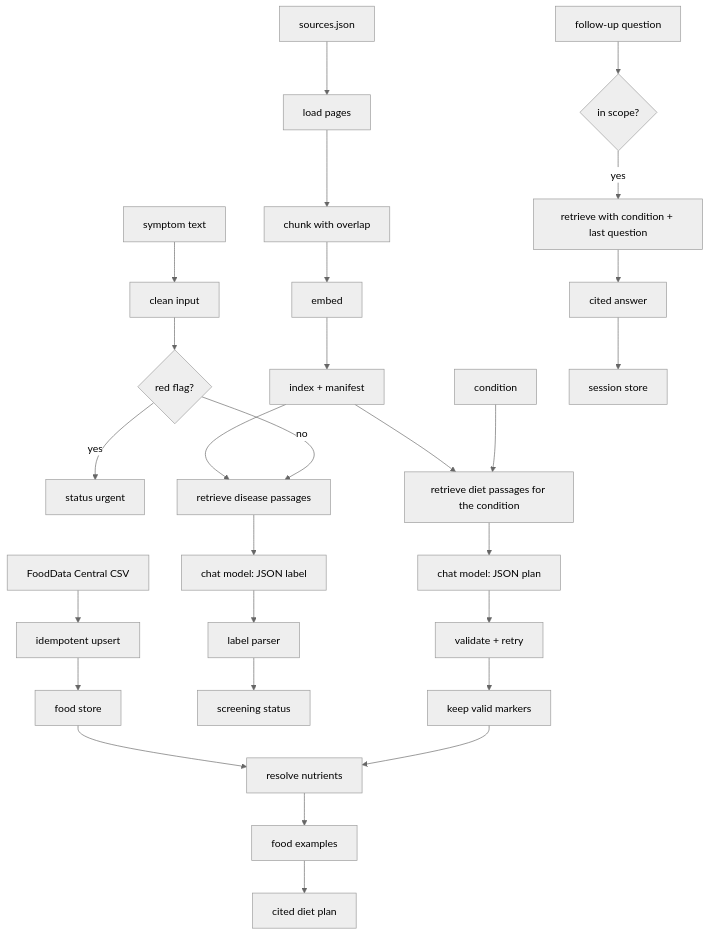
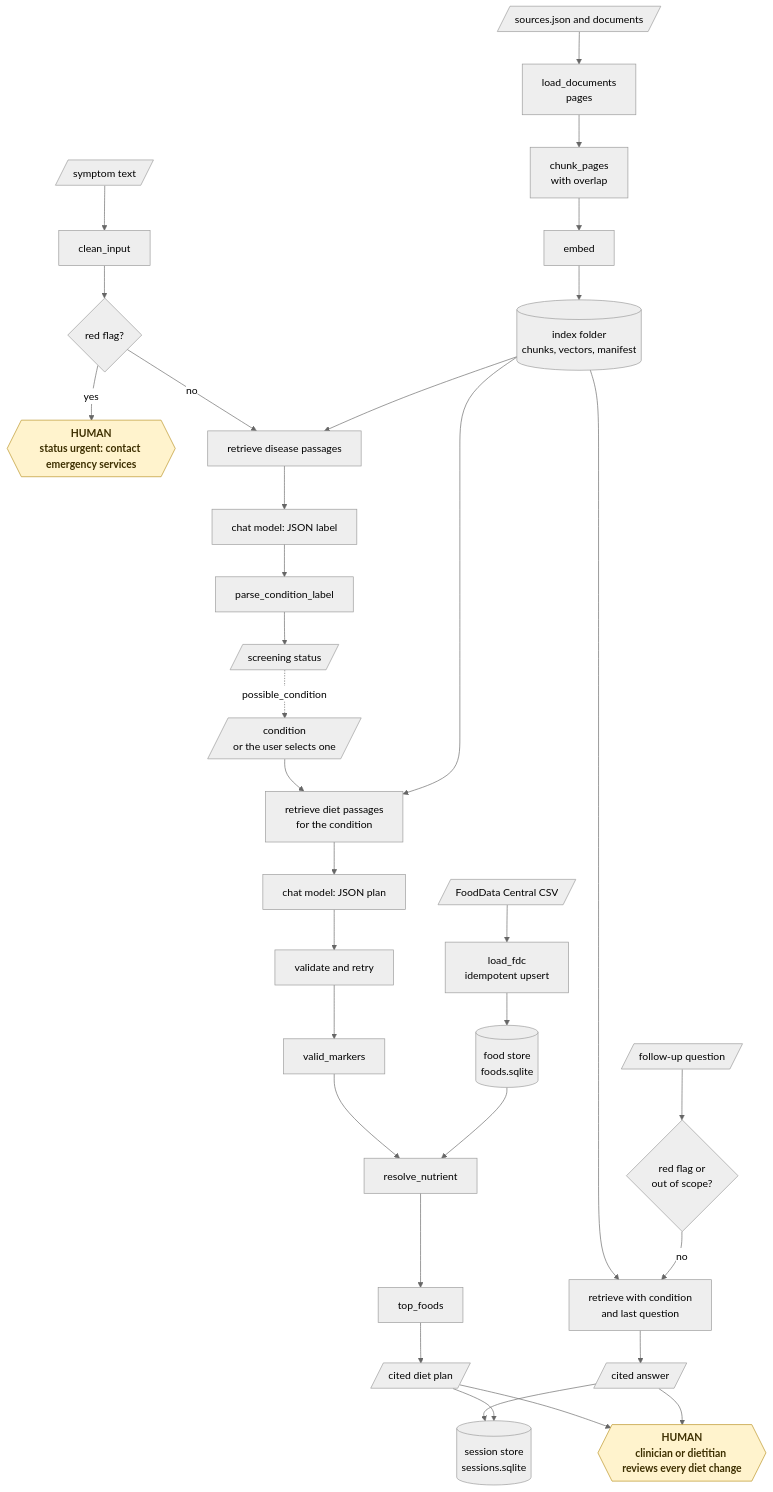
One commit to KrishnaAnnavaram/nutribuddy changed the fifth of 21 diagrams in README.md. Above: the diagram before and after it, drawn with Mermaid (neutral theme). The commit also changed other lines of this file, not shown here.

Commit message:
Add the workflow diagrams to the README

````diff
--- a/README.md
+++ b/README.md
@@ -209,15 +287,24 @@
 ```mermaid
-flowchart TB
-    REG["sources.json"] --> LOAD["load pages"] --> CH["chunk with overlap"] --> EMB["embed"] --> IDX["index + manifest"]
-    CSV["FoodData Central CSV"] --> UPS["idempotent upsert"] --> FS["food store"]
-    SYM["symptom text"] --> CLEAN["clean input"] --> RF{"red flag?"}
-    RF -->|"yes"| URG["status urgent"]
-    RF -->|"no"| SR["retrieve disease passages"] --> SCM["chat model: JSON label"] --> LP["label parser"] --> ST["screening status"]
-    COND["condition"] --> DR["retrieve diet passages for the condition"] --> PCM["chat model: JSON plan"] --> VAL["validate + retry"]
-    VAL --> MK["keep valid markers"] --> RES["resolve nutrients"] --> FE["food examples"] --> PLAN["cited diet plan"]
+flowchart TD
+    REG[/"sources.json and documents"/] --> LOAD["load_documents<br/>pages"] --> CH["chunk_pages<br/>with overlap"] --> EMB["embed"] --> IDX[("index folder<br/>chunks, vectors, manifest")]
+    CSV[/"FoodData Central CSV"/] --> UPS["load_fdc<br/>idempotent upsert"] --> FS[("food store<br/>foods.sqlite")]
+    SYM[/"symptom text"/] --> CLEAN["clean_input"] --> RF{"red flag?"}
+    RF -- "yes" --> URG{{"HUMAN<br/>status urgent: contact emergency services"}}
+    RF -- "no" --> SR["retrieve disease passages"] --> SCM["chat model: JSON label"] --> LP["parse_condition_label"] --> ST[/"screening status"/]
+    ST -. "possible_condition" .-> COND[/"condition<br/>or the user selects one"/]
+    COND --> DR["retrieve diet passages<br/>for the condition"] --> PCM["chat model: JSON plan"] --> VAL["validate and retry"]
+    VAL --> MK["valid_markers"] --> RES["resolve_nutrient"] --> FE["top_foods"] --> PLAN[/"cited diet plan"/]
     IDX --> SR
     IDX --> DR
+    IDX --> QR
     FS --> RES
-    Q["follow-up question"] --> SC{"in scope?"} -->|"yes"| QR["retrieve with condition + last question"] --> ANS["cited answer"]
-    ANS --> SS["session store"]
+    Q[/"follow-up question"/] --> SC{"red flag or<br/>out of scope?"}
+    SC -- "no" --> QR["retrieve with condition<br/>and last question"] --> ANS[/"cited answer"/]
+    ANS --> SS[("session store<br/>sessions.sqlite")]
+    PLAN --> SS
+    PLAN --> REVIEW{{"HUMAN<br/>clinician or dietitian reviews every diet change"}}
+    ANS --> REVIEW
+
+    classDef human fill:#fff3cd,stroke:#b8901f,color:#3d2f00,font-weight:bold
+    class URG,REVIEW human
 ```
````
